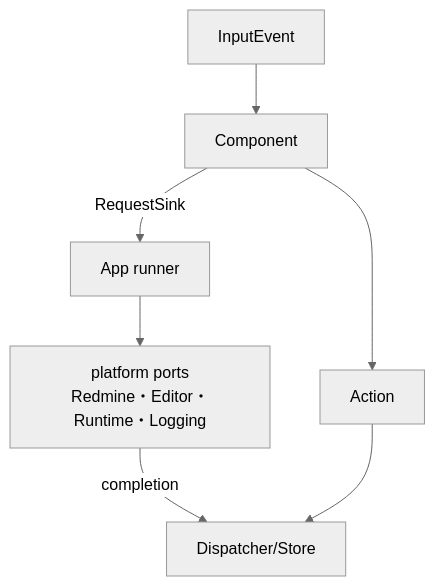
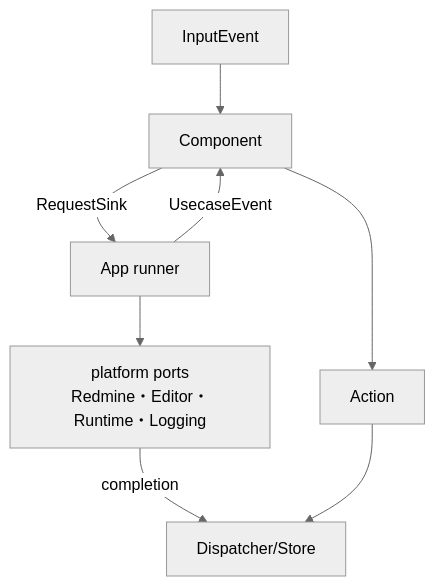
One commit to ano333333/redmine-tui changed the second of 2 diagrams in docs/architecture.md. Above: the diagram before and after it, drawn with Mermaid (neutral theme). The commit also changed other lines of this file and 2 other files, not shown here.

Commit message:
docs: document usecase events and accept ADR 18

````diff
--- a/docs/architecture.md
+++ b/docs/architecture.md
@@ -372,9 +374,10 @@
 ```mermaid
 flowchart TD
     input["InputEvent"] --> component["Component"]
     component -->|RequestSink| runner["App runner"]
     runner --> ports["platform ports<br/>Redmine・Editor・Runtime・Logging"]
     ports -->|completion| store["Dispatcher/Store"]
+    runner -->|UsecaseEvent| component
     component --> action["Action"]
     action --> store
 ```
````
